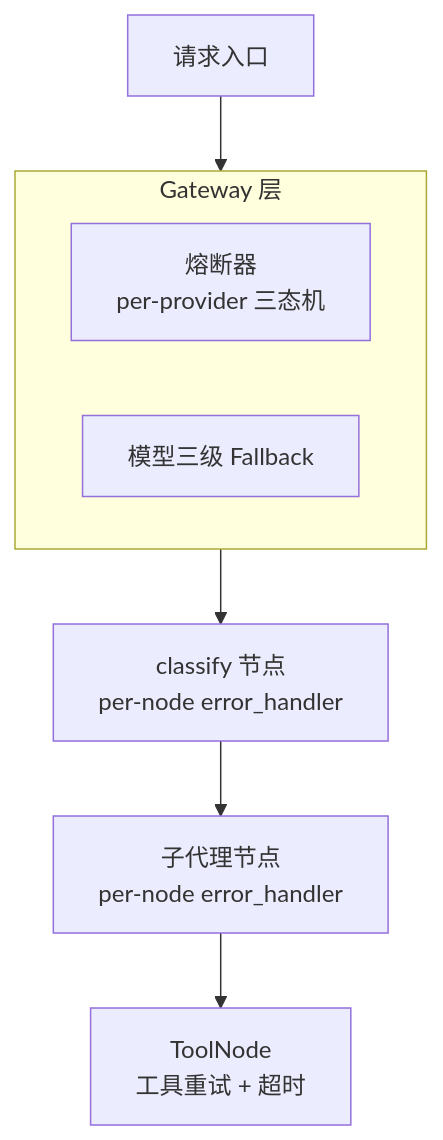
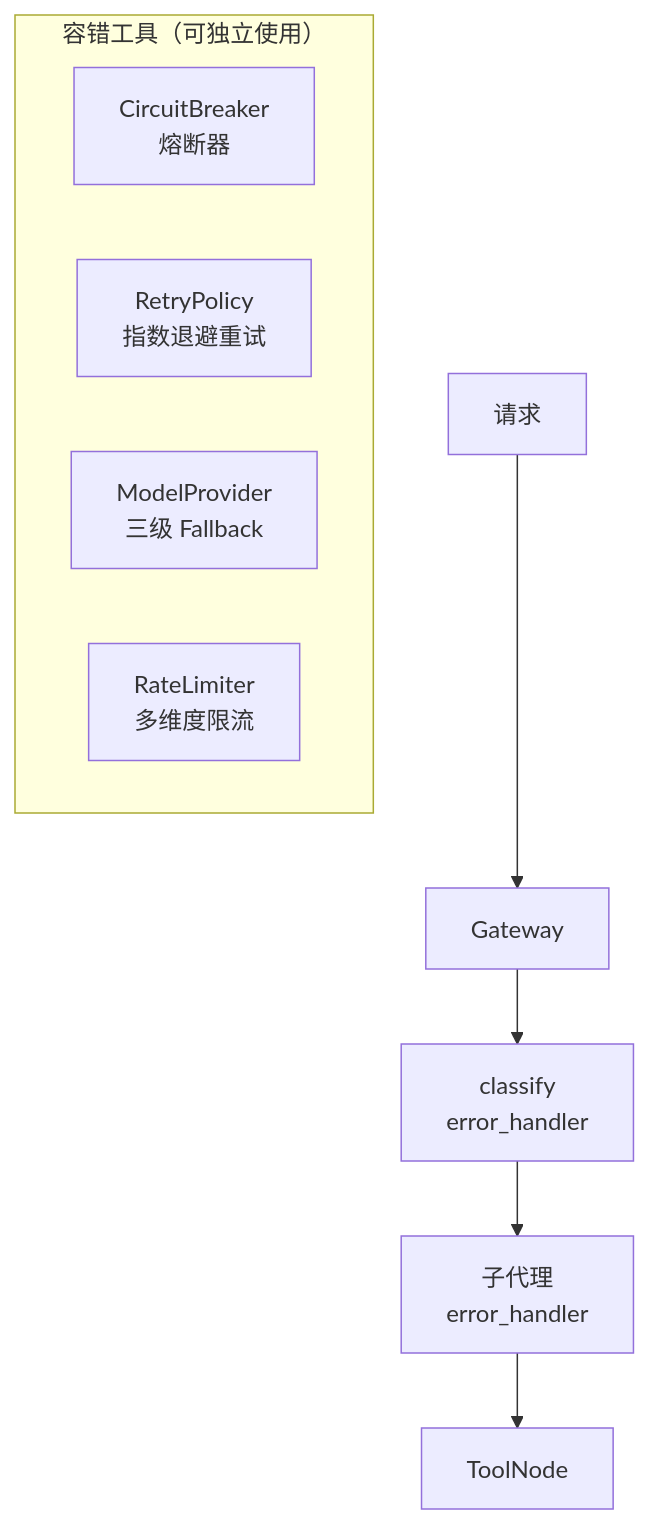
Diagram 11 of 12 in README.md (heelynn/artipivot), drawn with Mermaid before and after one commit. The commit also changed other lines of this file and 3 other files, not shown here.

````diff
--- a/README.md
+++ b/README.md
@@ -271,13 +341,15 @@
 ```mermaid
 flowchart TD
-    Req["请求入口"] --> Gateway
+    Req["请求"] --> Gateway["Gateway"]
 
-    subgraph Gateway["Gateway 层"]
-        CB["熔断器<br/>per-provider 三态机"]
-        FB["模型三级 Fallback"]
+    subgraph Tools["容错工具（可独立使用）"]
+        CB["CircuitBreaker<br/>熔断器"]
+        Retry["RetryPolicy<br/>指数退避重试"]
+        FB["ModelProvider<br/>三级 Fallback"]
+        RL["RateLimiter<br/>多维度限流"]
     end
 
-    Gateway --> Classify["classify 节点<br/>per-node error_handler"]
-    Classify --> SubAgent["子代理节点<br/>per-node error_handler"]
-    SubAgent --> Tools["ToolNode<br/>工具重试 + 超时"]
+    Gateway --> Classify["classify<br/>error_handler"]
+    Classify --> SubAgent["子代理<br/>error_handler"]
+    SubAgent --> TN["ToolNode"]
 ```
````
